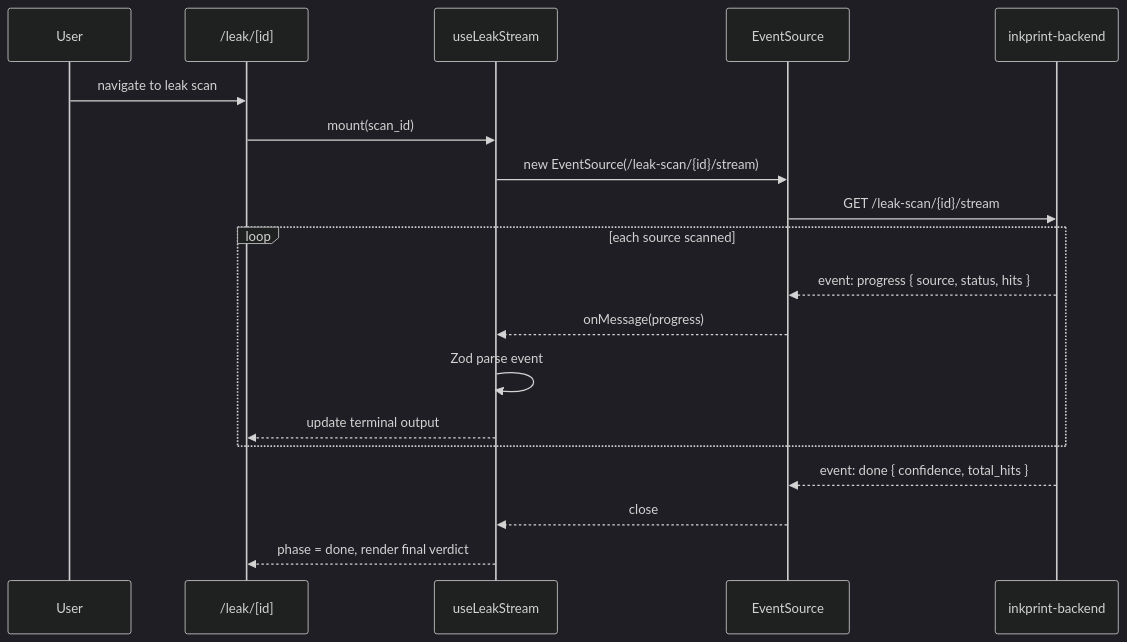
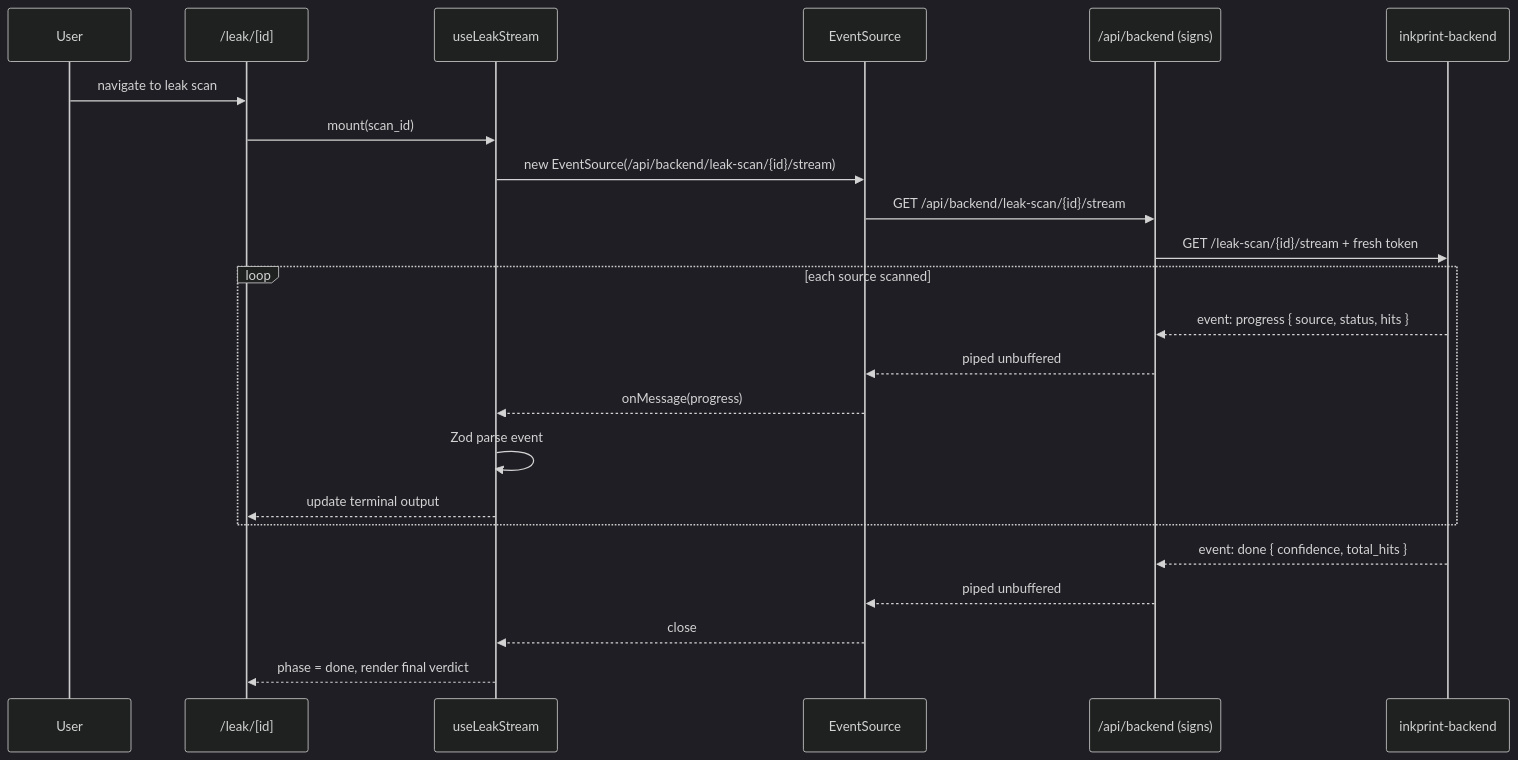
One commit to Abdul-Muizz1310/inkprint-frontend changed the third of 3 diagrams in README.md. Above: the diagram before and after it, drawn with Mermaid (dark theme). The commit also changed other lines of this file and 34 other files, not shown here.

First line of the commit message:
feat(api): proxy backend calls with a signed contract-v2 token

````diff
--- a/README.md
+++ b/README.md
@@ -96,22 +103,26 @@
 ```mermaid
 sequenceDiagram
     participant User as User
     participant Page as /leak/[id]
     participant Hook as useLeakStream
     participant ES as EventSource
+    participant Proxy as /api/backend (signs)
     participant API as inkprint-backend
 
     User->>Page: navigate to leak scan
     Page->>Hook: mount(scan_id)
-    Hook->>ES: new EventSource(/leak-scan/{id}/stream)
-    ES->>API: GET /leak-scan/{id}/stream
+    Hook->>ES: new EventSource(/api/backend/leak-scan/{id}/stream)
+    ES->>Proxy: GET /api/backend/leak-scan/{id}/stream
+    Proxy->>API: GET /leak-scan/{id}/stream + fresh token
     loop each source scanned
-        API-->>ES: event: progress { source, status, hits }
+        API-->>Proxy: event: progress { source, status, hits }
+        Proxy-->>ES: piped unbuffered
         ES-->>Hook: onMessage(progress)
         Hook->>Hook: Zod parse event
         Hook-->>Page: update terminal output
     end
-    API-->>ES: event: done { confidence, total_hits }
+    API-->>Proxy: event: done { confidence, total_hits }
+    Proxy-->>ES: piped unbuffered
     ES-->>Hook: close
     Hook-->>Page: phase = done, render final verdict
 ```
````
